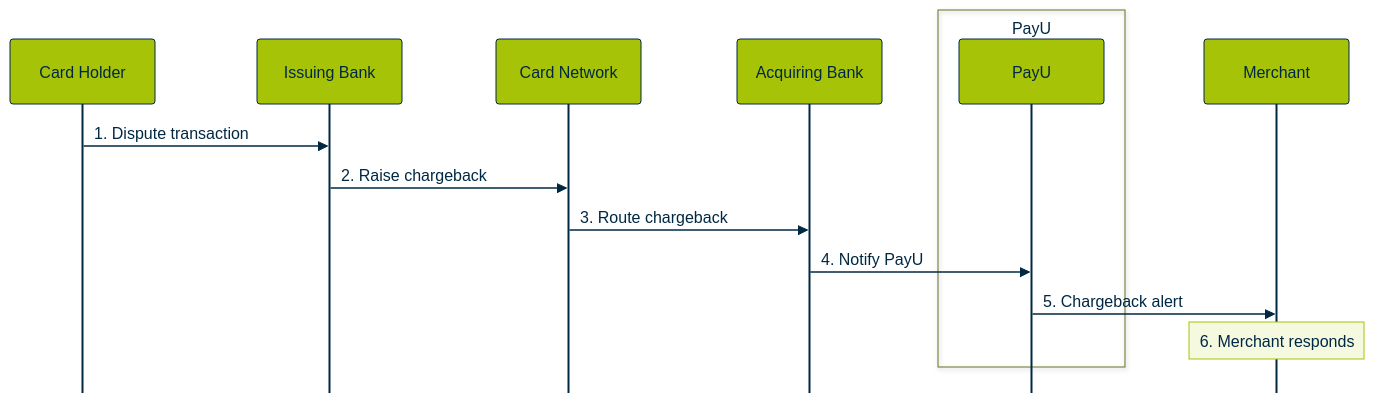
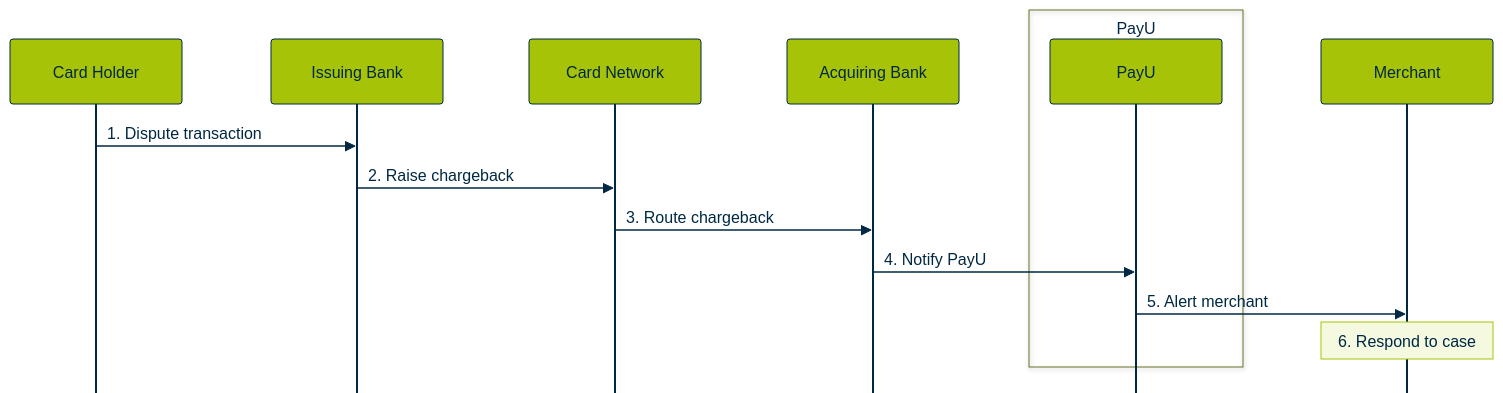
One commit to payu-india/CMS-Chatbot changed the fourth of 17 diagrams in docs/RECYCLE BIN/internal-review-swimlane-diagrams.md. Above: the diagram before and after it, drawn with Mermaid. The commit also changed other lines of this file, not shown here.

Commit message:
Update doc `internal-review-swimlane-diagrams`

````diff
--- a/docs/RECYCLE BIN/internal-review-swimlane-diagrams.md
+++ b/docs/RECYCLE BIN/internal-review-swimlane-diagrams.md
@@ -244,49 +251,49 @@
 ```mermaid
 %%{init: {
   "theme": "base",
   "sequence": {
     "mirrorActors": false,
     "rightAngles": true,
     "messageAlign": "left",
     "fontSize": 10,
     "actorFontSize": 10,
     "noteFontSize": 10,
-    "actorMargin": 72,
-    "width": 145,
+    "actorMargin": 86,
+    "width": 172,
     "boxMargin": 8,
     "messageMargin": 34,
     "diagramMarginX": 50,
     "diagramMarginY": 16
   },
   "themeVariables": {
     "fontFamily": "Arial, Helvetica, sans-serif",
     "fontSize": "10px",
     "background": "#FFFFFF",
     "primaryColor": "#A6C307",
     "primaryTextColor": "#002843",
     "actorBkg": "#A6C307",
     "actorBorder": "#002843",
     "signalColor": "#002843",
     "noteBkgColor": "#F4F9E0",
     "noteTextColor": "#002843",
     "noteBorderColor": "#A6C307"
   }
 }}%%
 sequenceDiagram
     participant Holder as Card Holder
     participant Issuer as Issuing Bank
     participant Network as Card Network
     participant Acquirer as Acquiring Bank
     box PayU
         participant PayU
     end
     participant Merchant
 
     Holder->>Issuer: 1. Dispute transaction
     Issuer->>Network: 2. Raise chargeback
     Network->>Acquirer: 3. Route chargeback
     Acquirer->>PayU: 4. Notify PayU
-    PayU->>Merchant: 5. Chargeback alert
-    Note over Merchant: 6. Merchant responds
+    PayU->>Merchant: 5. Alert merchant
+    Note over Merchant: 6. Respond to case
 
 ```
````
